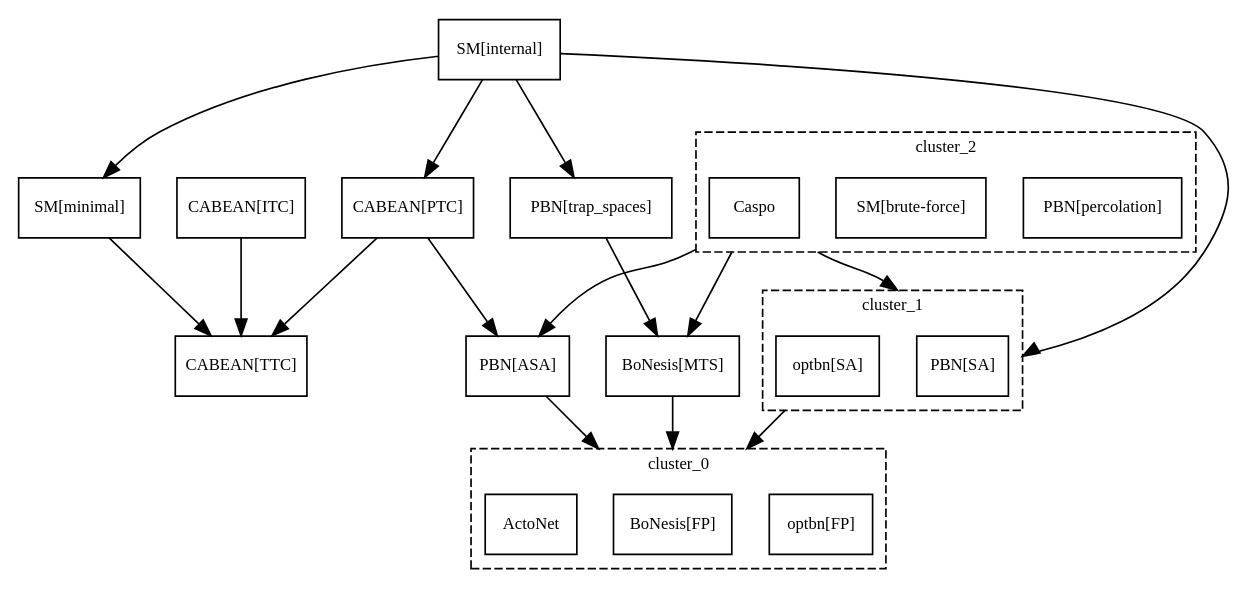
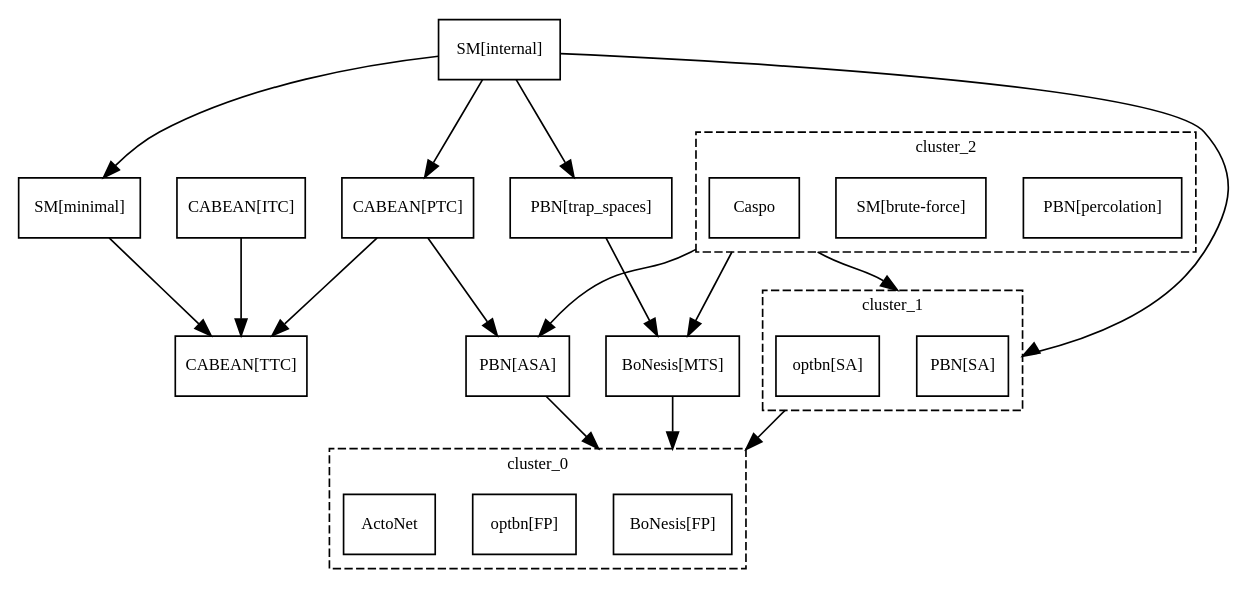
The diagram in experiments/results/_summary_tred.dot (kalebmoon07/BN-control-taxonomy), drawn with Graphviz before and after one commit. The commit also changed other lines of this file and 104 other files, not shown here.

```diff
--- a/experiments/results/_summary_tred.dot
+++ b/experiments/results/_summary_tred.dot
@@ -1,51 +1,51 @@
 strict digraph G {
 graph [fontsize=10, fontname=Verdana, compound=true];
 node [shape=record, fontsize=10, fontname=Verdana];
 graph [nodesep=0.3, ranksep=0.8];
 subgraph cluster_0 {
 label="cluster_0";
 graph [style=dashed, color=black];
+"BoNesis[FP]";
 "optbn[FP]";
-"BoNesis[FP]";
 ActoNet;
 }
 
 subgraph cluster_1 {
 label="cluster_1";
 graph [style=dashed, color=black];
 "PBN[SA]";
 "optbn[SA]";
 }
 
 subgraph cluster_2 {
 label="cluster_2";
 graph [style=dashed, color=black];
 "PBN[percolation]";
 "SM[brute-force]";
 Caspo;
 }
 
 "BoNesis[MTS]";
 "CABEAN[ITC]";
 "CABEAN[PTC]";
 "CABEAN[TTC]";
 "PBN[ASA]";
 "PBN[trap_spaces]";
 "SM[internal]";
 "SM[minimal]";
 "BoNesis[MTS]" -> "BoNesis[FP]" [lhead="cluster_0"];
 "CABEAN[ITC]" -> "CABEAN[TTC]";
 "CABEAN[PTC]" -> "CABEAN[TTC]";
 "CABEAN[PTC]" -> "PBN[ASA]";
 "PBN[ASA]" -> "BoNesis[FP]" [lhead="cluster_0"];
 "PBN[trap_spaces]" -> "BoNesis[MTS]";
 "SM[internal]" -> "CABEAN[PTC]";
 "SM[internal]" -> "PBN[SA]" [lhead="cluster_1"];
 "SM[internal]" -> "PBN[trap_spaces]";
 "SM[internal]" -> "SM[minimal]";
 "SM[minimal]" -> "CABEAN[TTC]";
 "optbn[SA]" -> "BoNesis[FP]" [ltail="cluster_1", lhead="cluster_0"];
 Caspo -> "BoNesis[MTS]" [ltail="cluster_2"];
 Caspo -> "PBN[ASA]" [ltail="cluster_2"];
 Caspo -> "PBN[SA]" [ltail="cluster_2", lhead="cluster_1"];
 }
```
